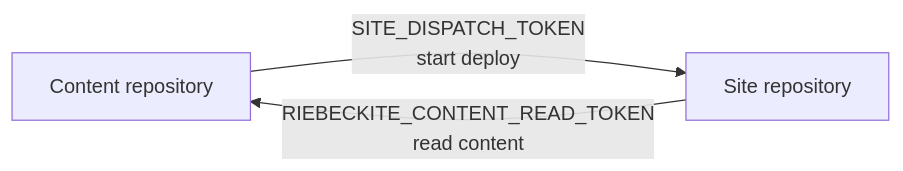
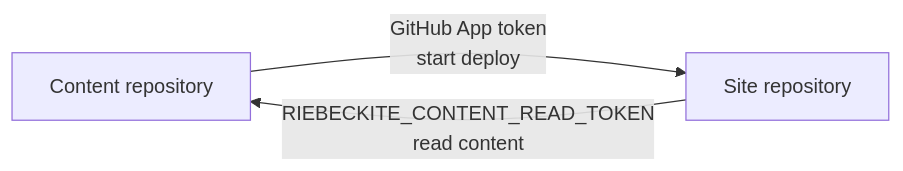
One commit to Rerurate514/riebeckite changed the third of 3 diagrams in docs/docs/guides/content-repositories/setup.md. Above: the diagram before and after it, drawn with Mermaid. The commit also changed other lines of this file and 62 other files, not shown here.

````diff
--- a/docs/docs/guides/content-repositories/setup.md
+++ b/docs/docs/guides/content-repositories/setup.md
@@ -200,8 +205,8 @@
 ```mermaid
 flowchart LR
     Content["Content repository"]
     Site["Site repository"]
 
-    Content -->|"SITE_DISPATCH_TOKEN<br/>start deploy"| Site
+    Content -->|"GitHub App token<br/>start deploy"| Site
     Site -->|"RIEBECKITE_CONTENT_READ_TOKEN<br/>read content"| Content
 ```
````
